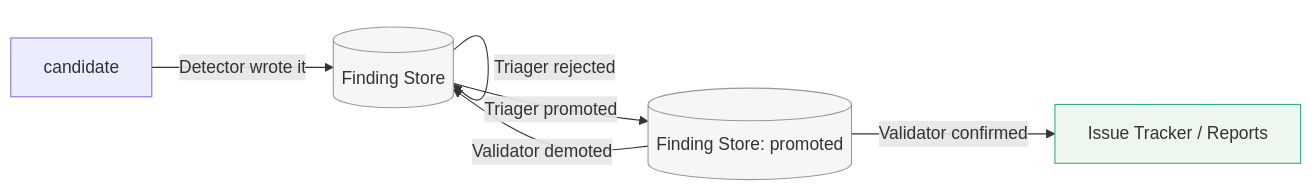
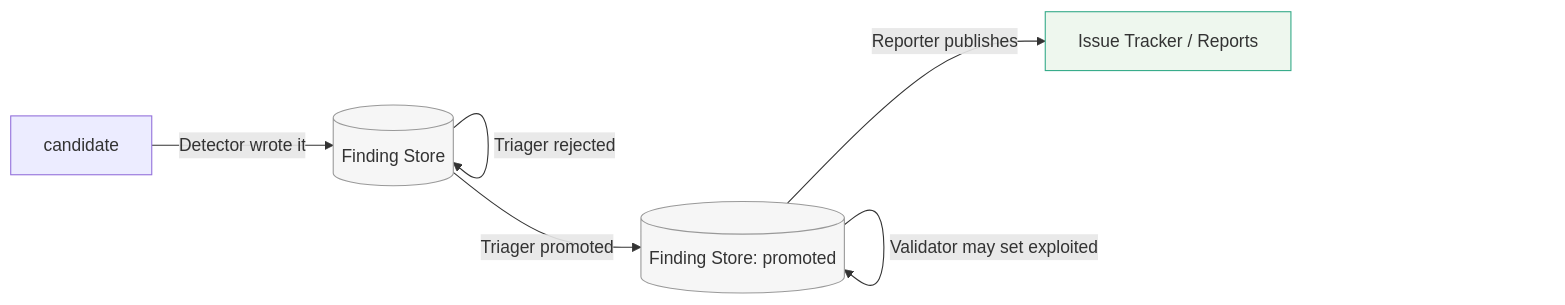
The third of 3 diagrams in docs/architecture/finding-lifecycle.md (mlinarik/foundry-security-spec), drawn with Mermaid before and after one commit. The commit also changed other lines of this file and 1 other file, not shown here.

Commit message:
docs: correct architecture role flows

````diff
--- a/docs/architecture/finding-lifecycle.md
+++ b/docs/architecture/finding-lifecycle.md
@@ -100,13 +101,13 @@
 ```mermaid
 flowchart LR
     candidate -- Detector wrote it --> store[(Finding Store)]
     store -- Triager rejected --> store
     store -- Triager promoted --> store_promoted[(Finding Store: promoted)]
-    store_promoted -- Validator demoted --> store
-    store_promoted -- Validator confirmed --> tracker[Issue Tracker / Reports]
+    store_promoted -- Reporter publishes --> tracker[Issue Tracker / Reports]
+    store_promoted -- Validator may set exploited --> store_promoted
 
     classDef internal fill:#f6f6f6,stroke:#999;
     classDef surfaced fill:#eef7ee,stroke:#3a8;
     class store,store_promoted internal;
     class tracker surfaced;
 ```
````
